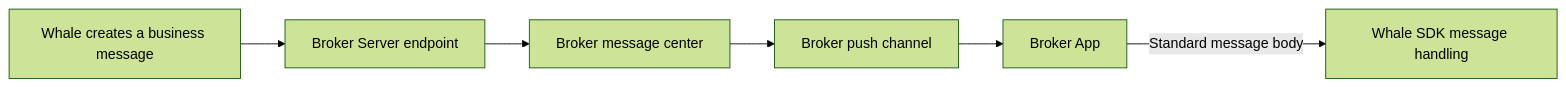
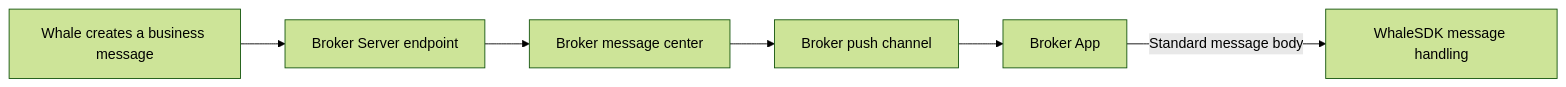
The second of 2 diagrams in docs/en/docs/message-push-options.mdx (longbridge/whale-docs), drawn with Mermaid (forest theme) before and after one commit. The commit also changed other lines of this file and 120 other files, not shown here.

````diff
--- a/docs/en/docs/message-push-options.mdx
+++ b/docs/en/docs/message-push-options.mdx
@@ -51,8 +51,8 @@
 ```mermaid
 flowchart LR
   A[Whale creates a business message] --> B[Broker Server endpoint]
   B --> C[Broker message center]
   C --> D[Broker push channel]
   D --> E[Broker App]
-  E -->|Standard message body| F[Whale SDK message handling]
+  E -->|Standard message body| F[WhaleSDK message handling]
 ```
````
